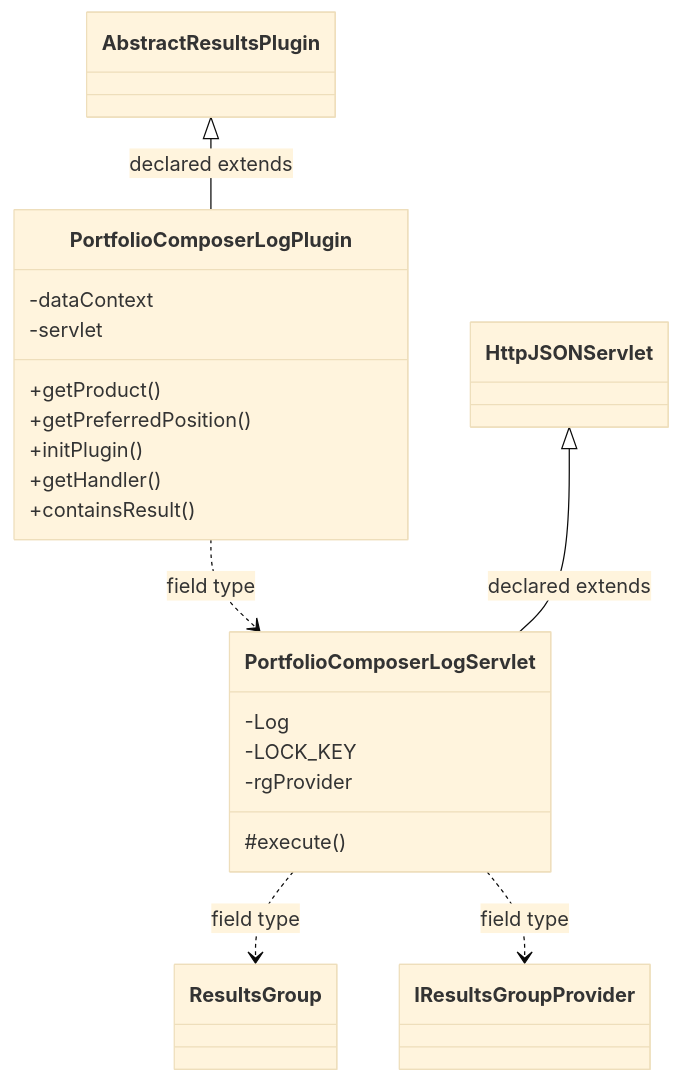
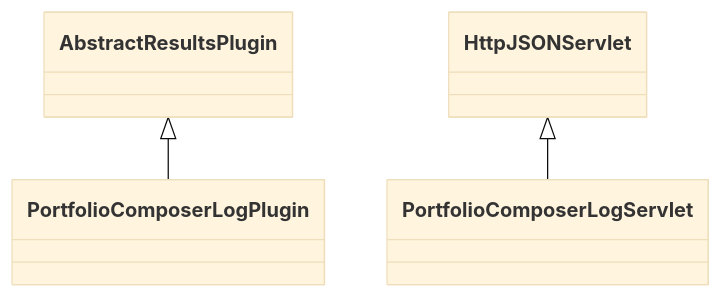
The diagram in docs/sqx/PortfolioComposer/ResultsPortfolioComposerLog.md (haruperi/HaruQuantAI), drawn with Mermaid (base theme) before and after one commit. The commit also changed other lines of this file and 1688 other files, not shown here.

````diff
--- a/docs/sqx/PortfolioComposer/ResultsPortfolioComposerLog.md
+++ b/docs/sqx/PortfolioComposer/ResultsPortfolioComposerLog.md
@@ -30,27 +26,9 @@
 ```mermaid
 classDiagram
-    class C127be8ea4674["PortfolioComposerLogPlugin"] {
-        -dataContext
-        -servlet
-        +getProduct()
-        +getPreferredPosition()
-        +initPlugin()
-        +getHandler()
-        +containsResult()
-    }
-    class Cb8572cd20595["PortfolioComposerLogServlet"] {
-        -Log
-        -LOCK_KEY
-        -rgProvider
-        #execute()
-    }
-    class C81fcbc41b716["ResultsGroup"]
-    class C180e0c3f58c3["AbstractResultsPlugin"]
-    class C9ceba9ba4bac["IResultsGroupProvider"]
-    class C8900f90ae594["HttpJSONServlet"]
-    C180e0c3f58c3 <|-- C127be8ea4674 : declared extends
-    C127be8ea4674 ..> Cb8572cd20595 : field type
-    C8900f90ae594 <|-- Cb8572cd20595 : declared extends
-    Cb8572cd20595 ..> C81fcbc41b716 : field type
-    Cb8572cd20595 ..> C9ceba9ba4bac : field type
+    class C0["PortfolioComposerLogPlugin"]
+    class C1["PortfolioComposerLogServlet"]
+    class E0["AbstractResultsPlugin"]
+    E0 <|-- C0
+    class E1["HttpJSONServlet"]
+    E1 <|-- C1
 ```
````
